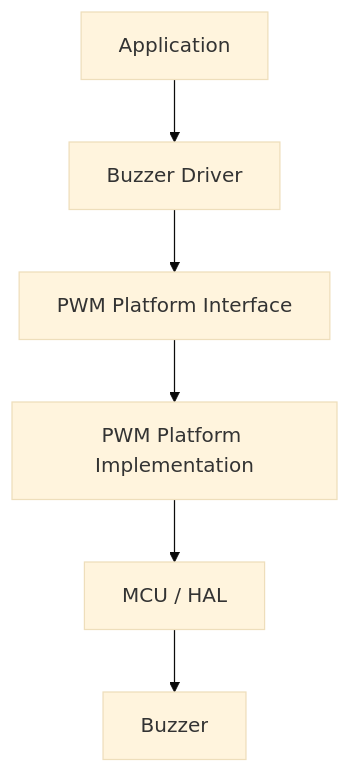
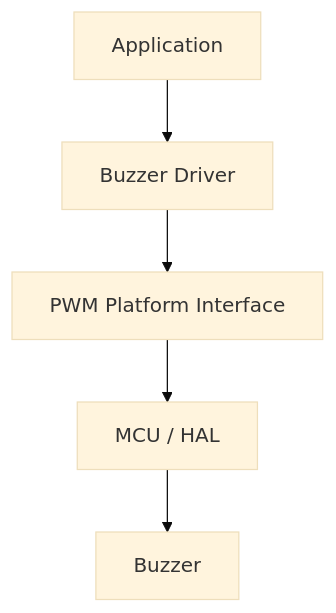
Before and after one commit to JP-REY/STM32F103C8T6-Based-Electronic-Lock: the first of 4 diagrams in Libs/Components/Buzzer/README.md, drawn with Mermaid (base theme). The commit also changed other lines of this file and 4 other files, not shown here.

````diff
--- a/Libs/Components/Buzzer/README.md
+++ b/Libs/Components/Buzzer/README.md
@@ -30,16 +30,14 @@
 ```mermaid
 flowchart TD
 
     APP["Application"]
     DRIVER["Buzzer Driver"]
     PWM_IF["PWM Platform Interface"]
-    PWM["PWM Platform Implementation"]
     HAL["MCU / HAL"]
     BUZZER["Buzzer"]
 
     APP --> DRIVER
     DRIVER --> PWM_IF
-    PWM_IF --> PWM
-    PWM --> HAL
+    PWM_IF --> HAL
     HAL --> BUZZER
 ```
````
